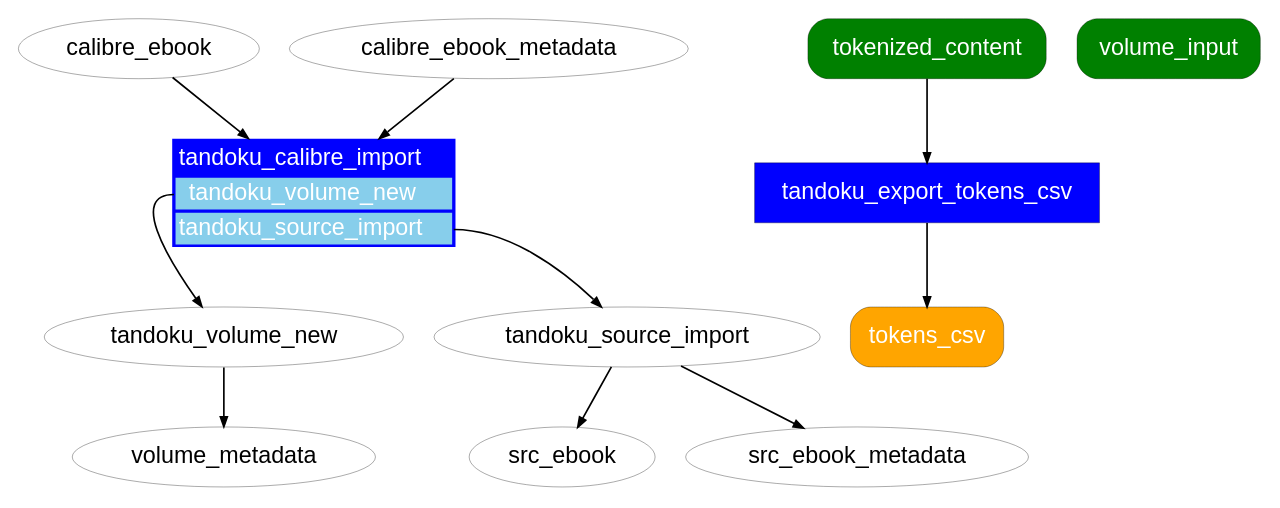
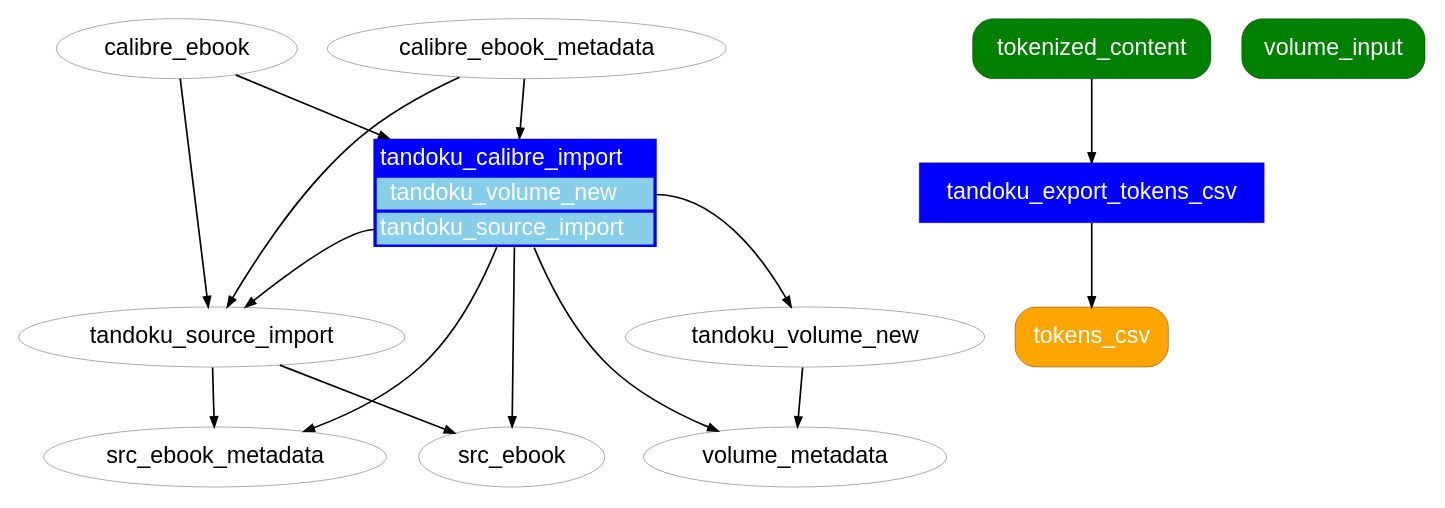
The diagram in docs/legacy-tandoku-workflow.dot (tandoku/tandoku), drawn with Graphviz before and after one commit.

Commit message:
docs workflow subprocess graph experiment

```diff
--- a/docs/legacy-tandoku-workflow.dot
+++ b/docs/legacy-tandoku-workflow.dot
@@ -30,6 +30,13 @@
 
     tandoku_calibre_import:p1 -> tandoku_volume_new
     tandoku_calibre_import:p2 -> tandoku_source_import
+
+    # duplicate inputs/outputs
+    calibre_ebook -> tandoku_source_import
+    calibre_ebook_metadata -> tandoku_source_import
+    tandoku_calibre_import -> src_ebook
+    tandoku_calibre_import -> src_ebook_metadata
+    tandoku_calibre_import -> volume_metadata
 # end subprocess example
 
     # processes
```
